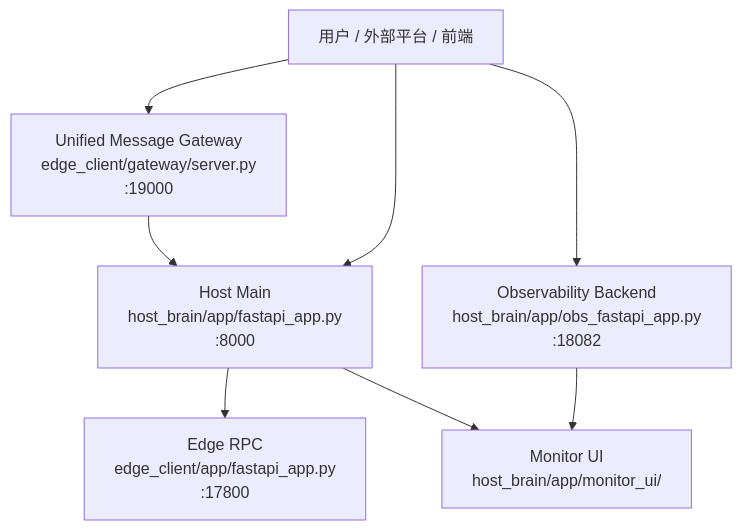
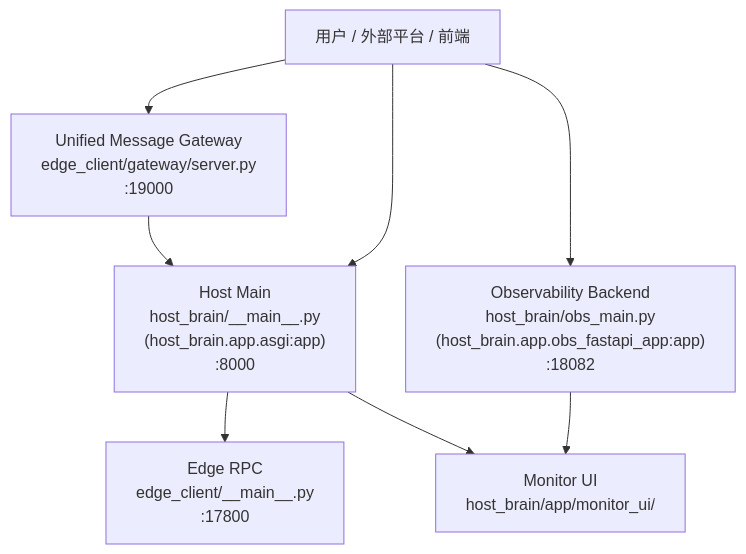
One commit to SakuraYoruno/Natsume_Ai changed the first of 4 diagrams in docs/15_theory/architecture_overview.md. Above: the diagram before and after it, drawn with Mermaid. The commit also changed other lines of this file and 10 other files, not shown here.

````diff
--- a/docs/15_theory/architecture_overview.md
+++ b/docs/15_theory/architecture_overview.md
@@ -20,10 +20,10 @@
 ```mermaid
 graph TB
-    USER["用户 / 外部平台 / 前端"] --> HOST["Host Main<br/>host_brain/app/fastapi_app.py<br/>:8000"]
-    USER --> OBS["Observability Backend<br/>host_brain/app/obs_fastapi_app.py<br/>:18082"]
-    HOST --> EDGE["Edge RPC<br/>edge_client/app/fastapi_app.py<br/>:17800"]
+    USER["用户 / 外部平台 / 前端"] --> HOST["Host Main<br/>host_brain/__main__.py<br/>(host_brain.app.asgi:app)<br/>:8000"]
+    USER --> OBS["Observability Backend<br/>host_brain/obs_main.py<br/>(host_brain.app.obs_fastapi_app:app)<br/>:18082"]
+    HOST --> EDGE["Edge RPC<br/>edge_client/__main__.py<br/>:17800"]
     USER --> GATEWAY["Unified Message Gateway<br/>edge_client/gateway/server.py<br/>:19000"]
     GATEWAY --> HOST
     OBS --> MON["Monitor UI<br/>host_brain/app/monitor_ui/"]
     HOST --> MON
 ```
````
